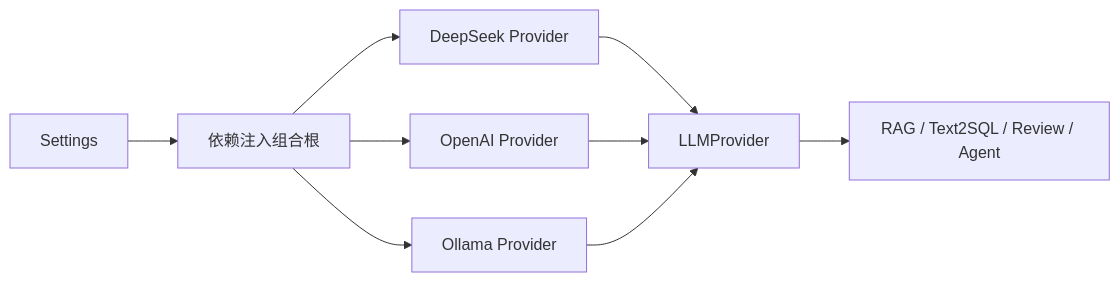
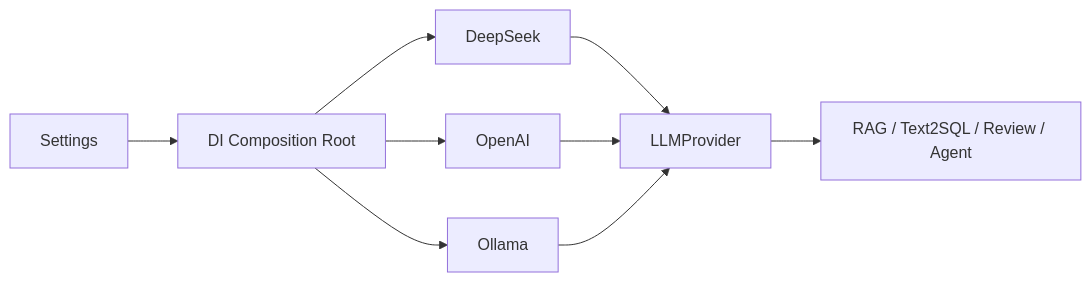
The third of 8 diagrams in docs/ARCHITECTURE.md (plutoczm/DataCopilot), drawn with Mermaid before and after one commit. The commit also changed other lines of this file, not shown here.

Commit message:
docs: align architecture with governed execution boundary

````diff
--- a/docs/ARCHITECTURE.md
+++ b/docs/ARCHITECTURE.md
@@ -74,11 +85,11 @@
 ```mermaid
 flowchart LR
-    Config[Settings] --> Composition[依赖注入组合根]
-    Composition --> DeepSeek[DeepSeek Provider]
-    Composition --> OpenAI[OpenAI Provider]
-    Composition --> Ollama[Ollama Provider]
+    Settings --> Composition[DI Composition Root]
+    Composition --> DeepSeek
+    Composition --> OpenAI
+    Composition --> Ollama
     DeepSeek --> Port[LLMProvider]
     OpenAI --> Port
     Ollama --> Port
     Port --> Services[RAG / Text2SQL / Review / Agent]
 ```
````
